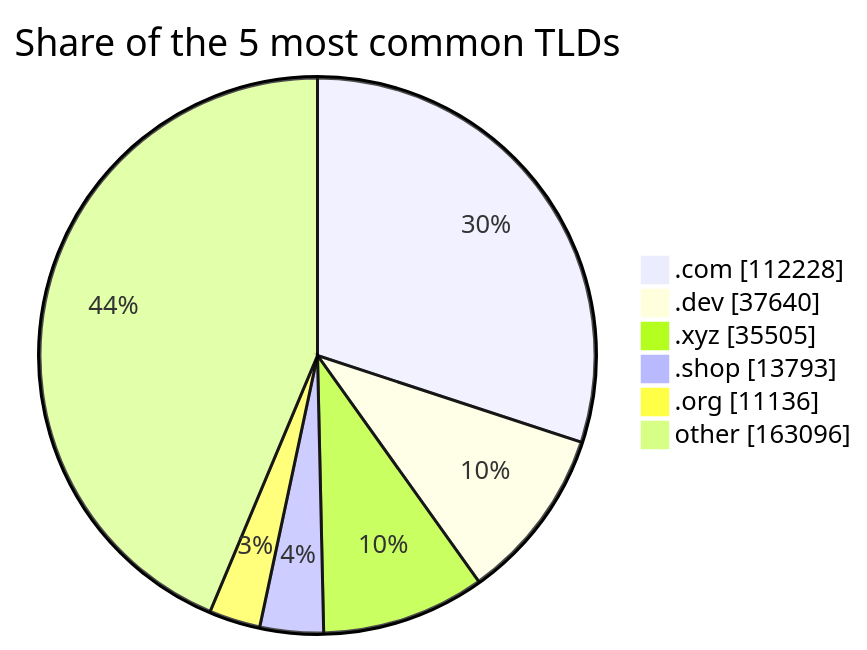
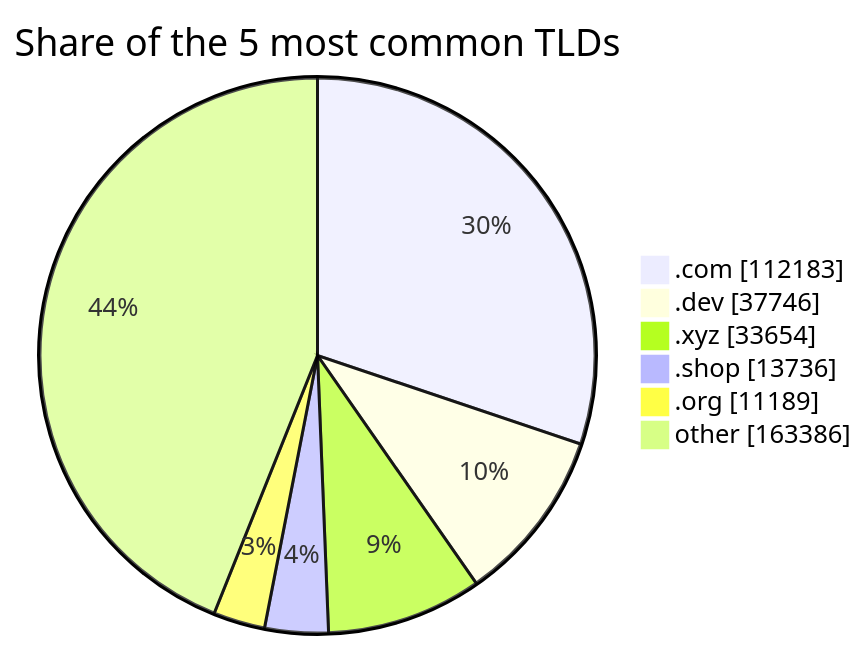
The third of 3 diagrams in README.md (DNSBunker/CTI), drawn with Mermaid before and after one commit. The commit also changed other lines of this file and 3 other files, not shown here.

````diff
--- a/README.md
+++ b/README.md
@@ -81,9 +81,9 @@
 ```mermaid
 pie showData title Share of the 5 most common TLDs
-    ".com" : 112228
-    ".dev" : 37640
-    ".xyz" : 35505
-    ".shop" : 13793
-    ".org" : 11136
-    "other" : 163096
+    ".com" : 112183
+    ".dev" : 37746
+    ".xyz" : 33654
+    ".shop" : 13736
+    ".org" : 11189
+    "other" : 163386
 ```
````
